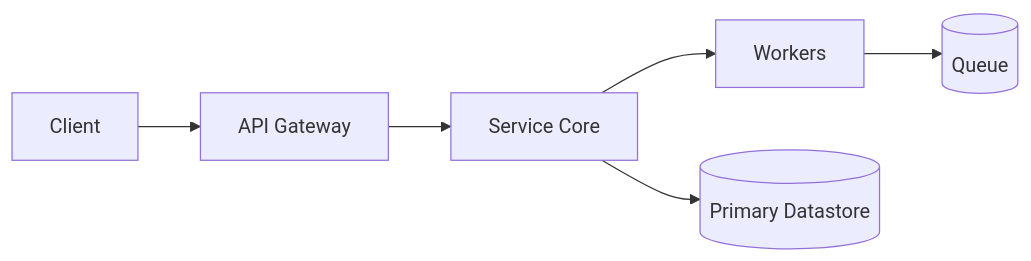
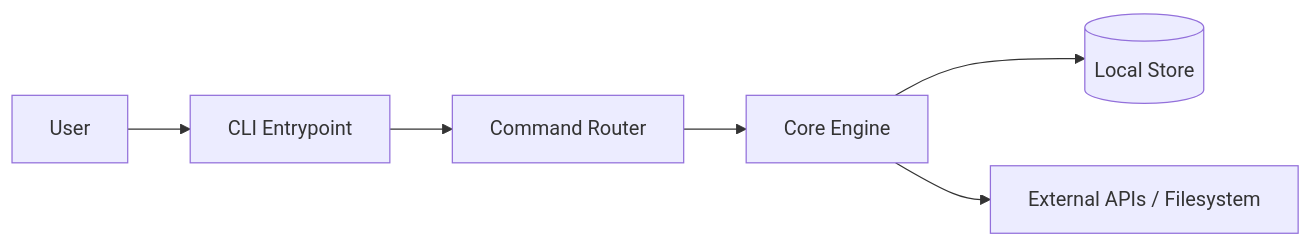
The first of 4 diagrams in .decapod/generated/specs/ARCHITECTURE.md (DecapodLabs/amnion), drawn with Mermaid before and after one commit. The commit also changed other lines of this file and 27 other files, not shown here.

````diff
--- a/.decapod/generated/specs/ARCHITECTURE.md
+++ b/.decapod/generated/specs/ARCHITECTURE.md
@@ -34,8 +34,8 @@
 ```mermaid
 flowchart LR
-  C[Client] --> G[API Gateway]
-  G --> S[Service Core]
-  S --> W[Workers]
-  S --> DB[(Primary Datastore)]
-  W --> Q[(Queue)]
+  U[User] --> C[CLI Entrypoint]
+  C --> R[Command Router]
+  R --> E[Core Engine]
+  E --> S[(Local Store)]
+  E --> X[External APIs / Filesystem]
 ```
````
